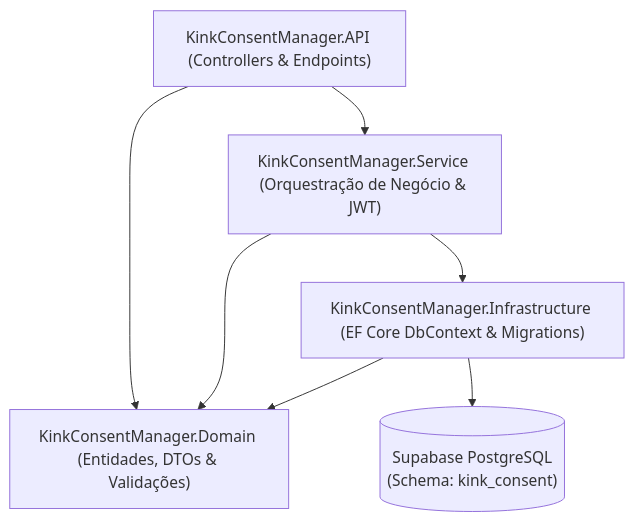
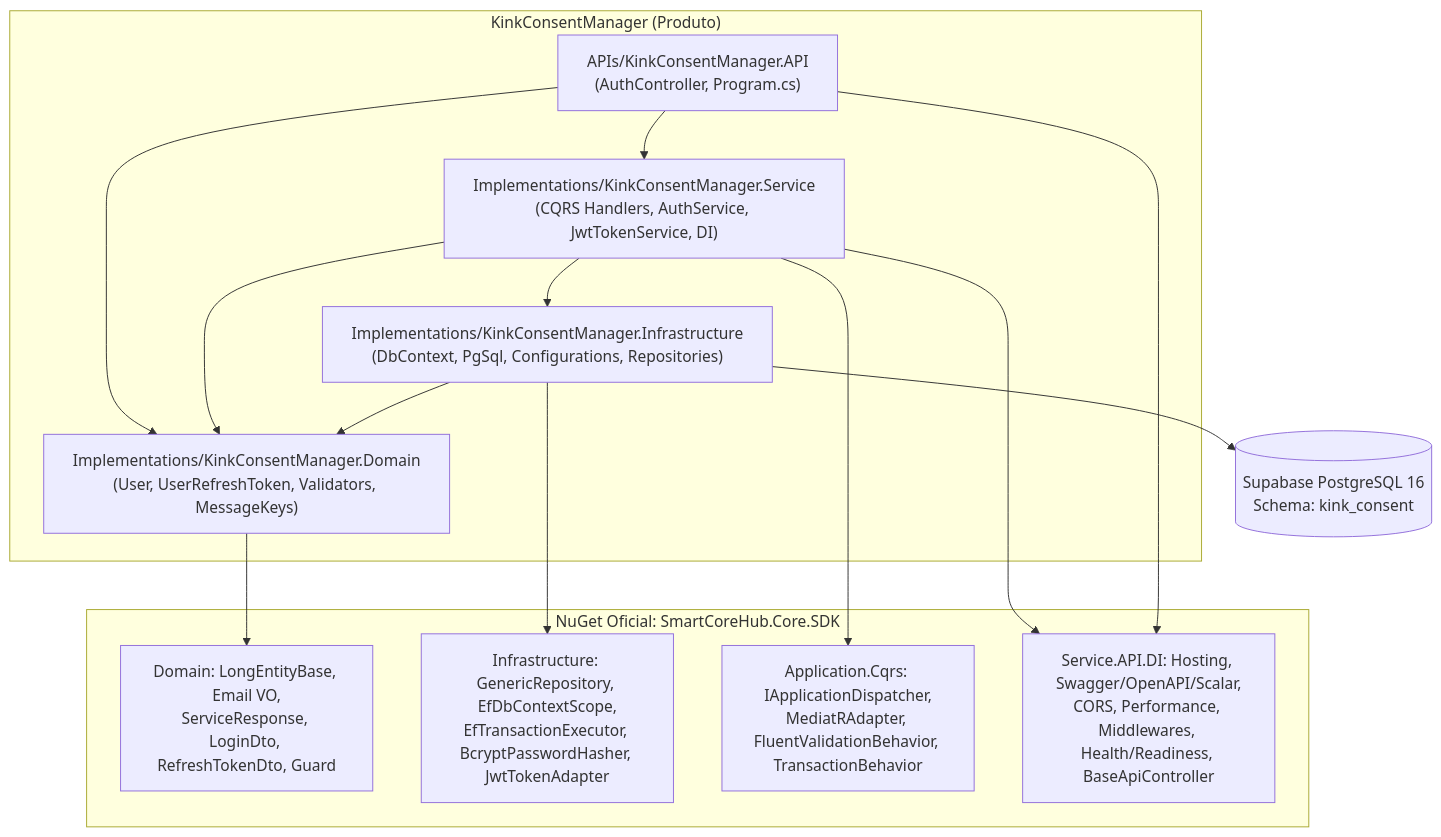
Before and after one commit to LeoneRocha/kinkconsentmanager: the diagram in docs/Backend/DOCUMENTO_IMPLEMENTACAO_BACKEND.md, drawn with Mermaid. The commit also changed other lines of this file and 5 other files, not shown here.

````diff
--- a/docs/Backend/DOCUMENTO_IMPLEMENTACAO_BACKEND.md
+++ b/docs/Backend/DOCUMENTO_IMPLEMENTACAO_BACKEND.md
@@ -34,15 +54,31 @@
 ```mermaid
-graph TD
-    API["KinkConsentManager.API (Controllers & Endpoints)"]
-    Service["KinkConsentManager.Service (Orquestração de Negócio & JWT)"]
-    Infra["KinkConsentManager.Infrastructure (EF Core DbContext & Migrations)"]
-    Domain["KinkConsentManager.Domain (Entidades, DTOs & Validações)"]
-    Supabase[("Supabase PostgreSQL\n(Schema: kink_consent)")]
+graph TB
+    subgraph Host["KinkConsentManager (Produto)"]
+        API["APIs/KinkConsentManager.API\n(AuthController, Program.cs)"]
+        Service["Implementations/KinkConsentManager.Service\n(CQRS Handlers, AuthService, JwtTokenService, DI)"]
+        Infra["Implementations/KinkConsentManager.Infrastructure\n(DbContext, PgSql, Configurations, Repositories)"]
+        Domain["Implementations/KinkConsentManager.Domain\n(User, UserRefreshToken, Validators, MessageKeys)"]
+    end
+
+    subgraph NuGet["NuGet Oficial: SmartCoreHub.Core.SDK"]
+        SDK_Domain["Domain: LongEntityBase, Email VO,\nServiceResponse<T>, LoginDto, RefreshTokenDto, Guard"]
+        SDK_Infra["Infrastructure: GenericRepository<T,TCtx>, EfDbContextScope,\nEfTransactionExecutor, BcryptPasswordHasher, JwtTokenAdapter"]
+        SDK_App["Application.Cqrs: IApplicationDispatcher,\nMediatRAdapter, FluentValidationBehavior, TransactionBehavior"]
+        SDK_API["Service.API.DI: Hosting, Swagger/OpenAPI/Scalar,\nCORS, Performance, Middlewares, Health/Readiness, BaseApiController"]
+    end
+
+    Supabase[("Supabase PostgreSQL 16\nSchema: kink_consent")]
 
     API --> Service
     API --> Domain
     Service --> Domain
     Service --> Infra
     Infra --> Domain
     Infra --> Supabase
+
+    Domain --> SDK_Domain
+    Infra --> SDK_Infra
+    Service --> SDK_App
+    Service --> SDK_API
+    API --> SDK_API
 ```
````
